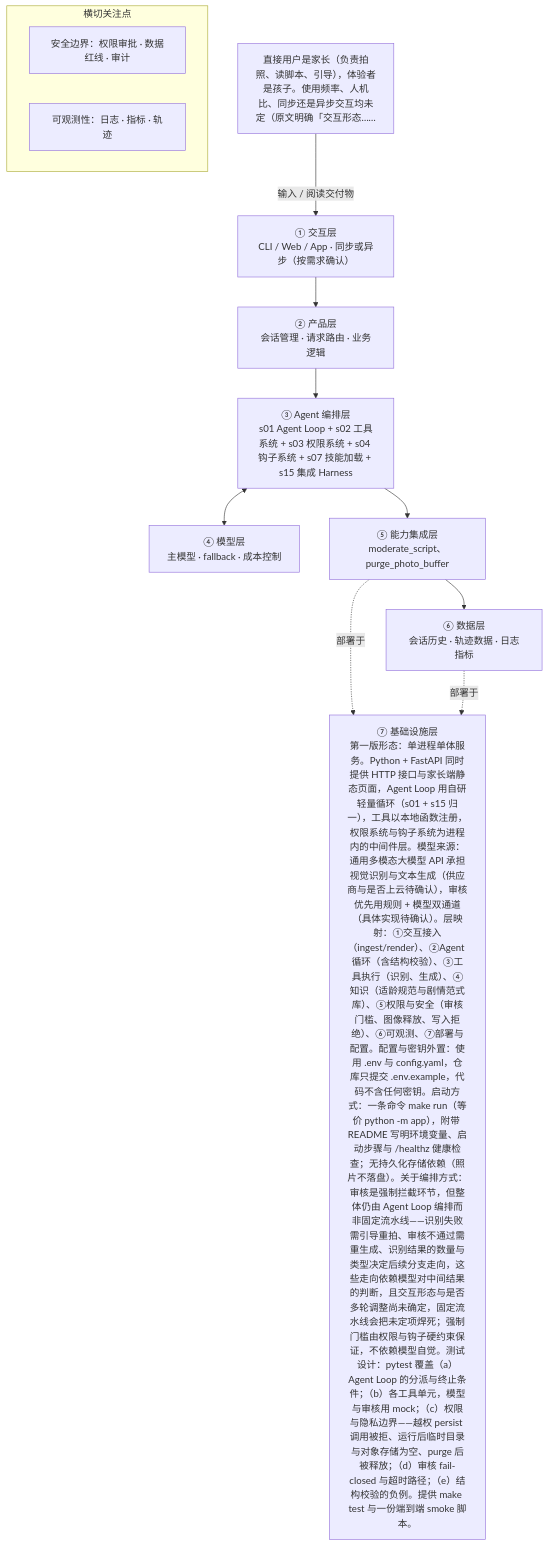
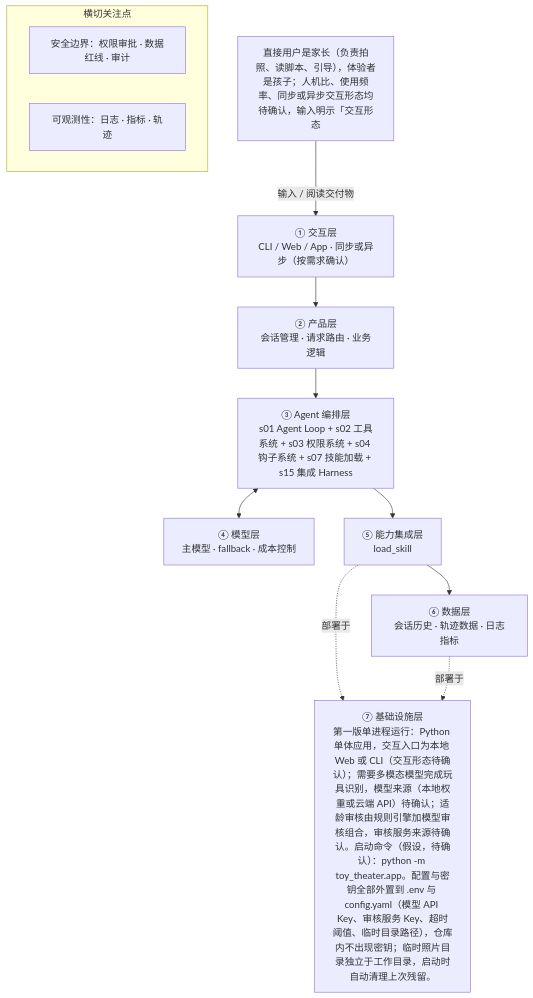
The diagram in docs/examples/方案示例-玩具剧场-真实运行.md (hubooooooo/agent-blueprint), drawn with Mermaid before and after one commit. The commit also changed other lines of this file and 20 other files, not shown here.

````diff
--- a/docs/examples/方案示例-玩具剧场-真实运行.md
+++ b/docs/examples/方案示例-玩具剧场-真实运行.md
@@ -101,22 +98,22 @@
 ```mermaid
 flowchart TD
-    U["直接用户是家长（负责拍照、读脚本、引导），体验者是孩子。使用频率、人机比、同步还是异步交互均未定（原文明确「交互形态……"] -->|输入 / 阅读交付物| L1
+    U["直接用户是家长（负责拍照、读脚本、引导），体验者是孩子；人机比、使用频率、同步或异步交互形态均待确认，输入明示「交互形态"] -->|输入 / 阅读交付物| L1
     L1["① 交互层<br/>CLI / Web / App · 同步或异步（按需求确认）"]
     L2["② 产品层<br/>会话管理 · 请求路由 · 业务逻辑"]
     L3["③ Agent 编排层<br/>s01 Agent Loop + s02 工具系统 + s03 权限系统 + s04 钩子系统 + s07 技能加载 + s15 集成 Harness"]
     L4["④ 模型层<br/>主模型 · fallback · 成本控制"]
-    L5["⑤ 能力集成层<br/>moderate_script、purge_photo_buffer"]
+    L5["⑤ 能力集成层<br/>load_skill"]
     L6["⑥ 数据层<br/>会话历史 · 轨迹数据 · 日志指标"]
-    L7["⑦ 基础设施层<br/>第一版形态：单进程单体服务。Python + FastAPI 同时提供 HTTP 接口与家长端静态页面，Agent Loop 用自研轻量循环（s01 + s15 归一），工具以本地函数注册，权限系统与钩子系统为进程内的中间件层。模型来源：通用多模态大模型 API 承担视觉识别与文本生成（供应商与是否上云待确认），审核优先用规则 + 模型双通道（具体实现待确认）。层映射：①交互接入（ingest/render）、②Agent 循环（含结构校验）、③工具执行（识别、生成）、④知识（适龄规范与剧情范式库）、⑤权限与安全（审核门槛、图像释放、写入拒绝）、⑥可观测、⑦部署与配置。配置与密钥外置：使用 .env 与 config.yaml，仓库只提交 .env.example，代码不含任何密钥。启动方式：一条命令 make run（等价 python -m app），附带 README 写明环境变量、启动步骤与 /healthz 健康检查；无持久化存储依赖（照片不落盘）。关于编排方式：审核是强制拦截环节，但整体仍由 Agent Loop 编排而非固定流水线——识别失败需引导重拍、审核不通过需重生成、识别结果的数量与类型决定后续分支走向，这些走向依赖模型对中间结果的判断，且交互形态与是否多轮调整尚未确定，固定流水线会把未定项焊死；强制门槛由权限与钩子硬约束保证，不依赖模型自觉。测试设计：pytest 覆盖（a）Agent Loop 的分派与终止条件；（b）各工具单元，模型与审核用 mock；（c）权限与隐私边界——越权 persist 调用被拒、运行后临时目录与对象存储为空、purge 后被释放；（d）审核 fail-closed 与超时路径；（e）结构校验的负例。提供 make test 与一份端到端 smoke 脚本。"]
+    L7["⑦ 基础设施层<br/>第一版单进程运行：Python 单体应用，交互入口为本地 Web 或 CLI（交互形态待确认）；需要多模态模型完成玩具识别，模型来源（本地权重或云端 API）待确认；适龄审核由规则引擎加模型审核组合，审核服务来源待确认。启动命令（假设，待确认）：python -m toy_theater.app。配置与密钥全部外置到 .env 与 config.yaml（模型 API Key、审核服务 Key、超时阈值、临时目录路径），仓库内不出现密钥；临时照片目录独立于工作目录，启动时自动清理上次残留。"]
     L1 --> L2
     L2 --> L3
     L3 <--> L4
     L3 --> L5
     L5 --> L6
     L5 -.->|部署于| L7
     L6 -.->|部署于| L7
     subgraph 横切关注点
         SEC["安全边界：权限审批 · 数据红线 · 审计"]
         OBS["可观测性：日志 · 指标 · 轨迹"]
     end
 ```
````
